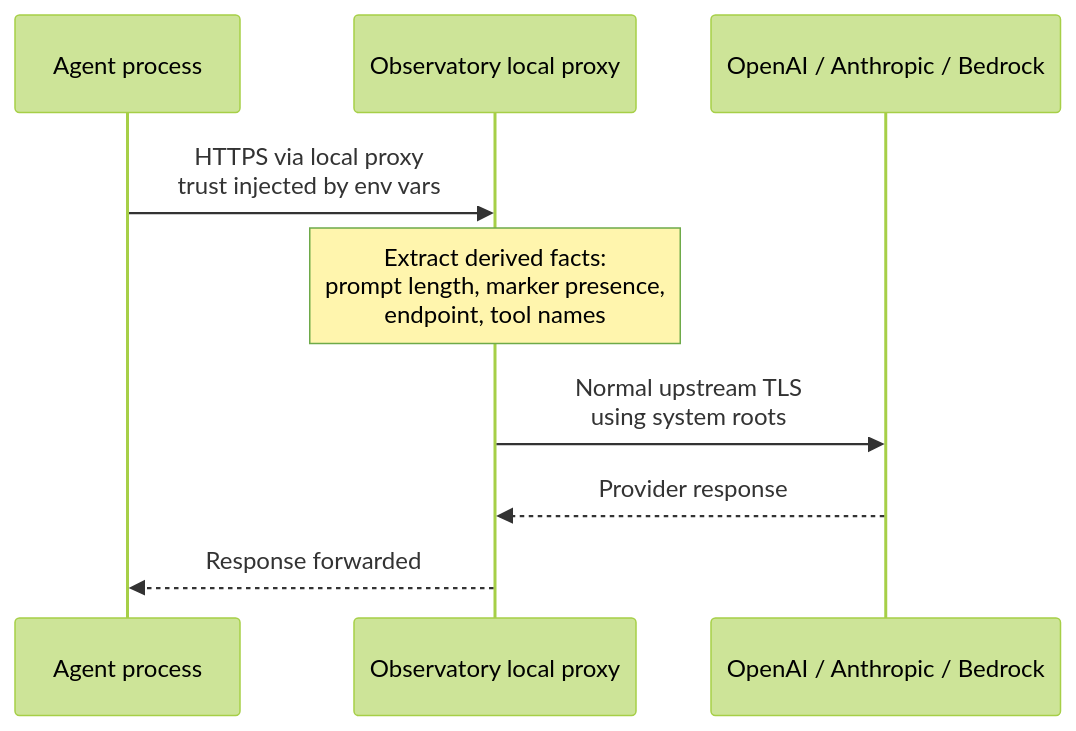
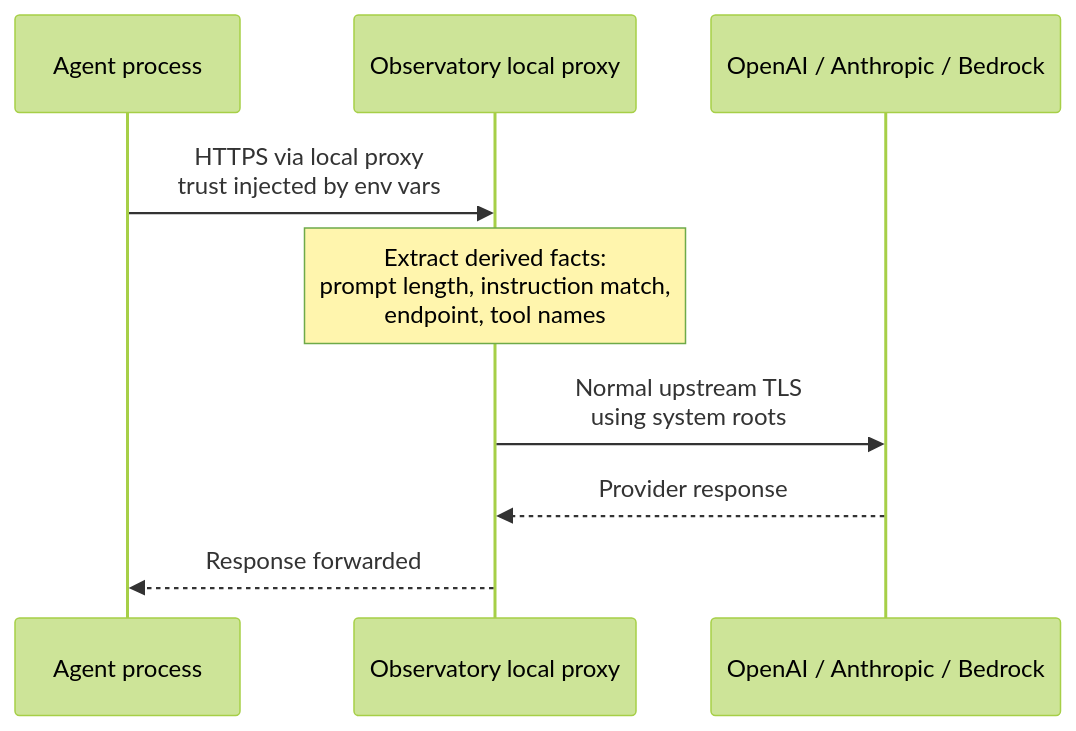
One commit to cipher982/agent-observatory changed the second of 2 diagrams in README.md. Above: the diagram before and after it, drawn with Mermaid (forest theme). The commit also changed other lines of this file and 21 other files, not shown here.

First line of the commit message:
phase 3: replace private instruction marker

````diff
--- a/README.md
+++ b/README.md
@@ -162,12 +162,12 @@
 ```mermaid
 sequenceDiagram
     participant Agent as Agent process
     participant Proxy as Observatory local proxy
     participant Provider as OpenAI / Anthropic / Bedrock
 
     Agent->>Proxy: HTTPS via local proxy<br/>trust injected by env vars
-    Note over Proxy: Extract derived facts:<br/>prompt length, marker presence,<br/>endpoint, tool names
+    Note over Proxy: Extract derived facts:<br/>prompt length, instruction match,<br/>endpoint, tool names
     Proxy->>Provider: Normal upstream TLS<br/>using system roots
     Provider-->>Proxy: Provider response
     Proxy-->>Agent: Response forwarded
 ```
````
